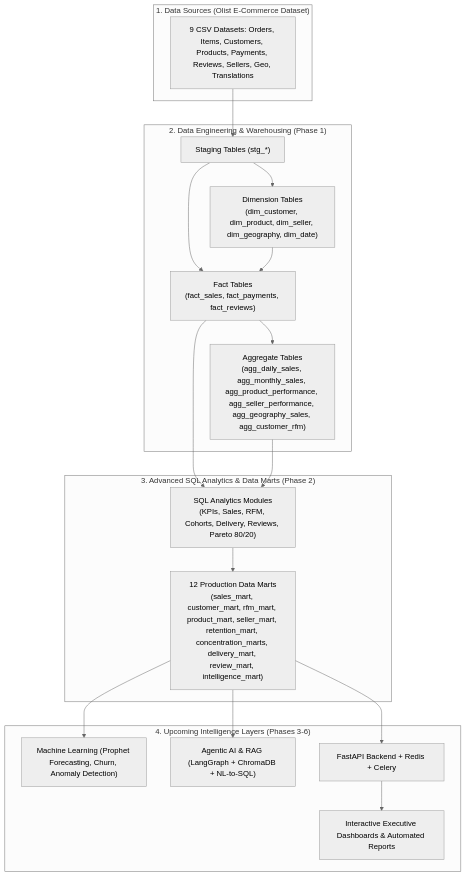
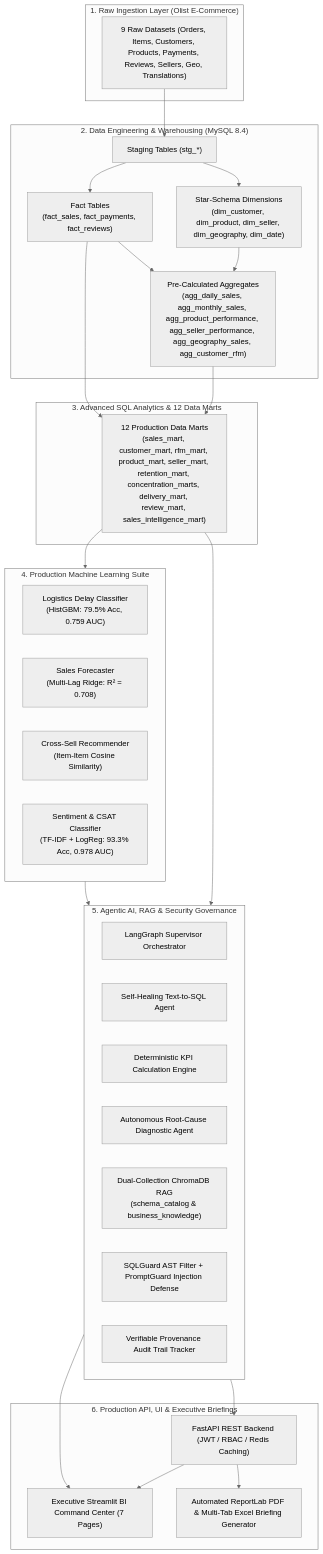
One commit to Vikash916692/AI-Powered-Sales-Intelligence-Platform changed the diagram in README.md. Above: the diagram before and after it, drawn with Mermaid (neutral theme). The commit also changed other lines of this file and 5 other files, not shown here.

````diff
--- a/README.md
+++ b/README.md
@@ -22,38 +19,49 @@
 ```mermaid
 flowchart TD
-    subgraph RawData ["1. Data Sources (Olist E-Commerce Dataset)"]
-        CSV[9 CSV Datasets: Orders, Items, Customers, Products, Payments, Reviews, Sellers, Geo, Translations]
+    subgraph DataSources ["1. Raw Ingestion Layer (Olist E-Commerce)"]
+        CSV["9 Raw Datasets (Orders, Items, Customers, Products, Payments, Reviews, Sellers, Geo, Translations)"]
     end
 
-    subgraph DataEngineering ["2. Data Engineering & Warehousing (Phase 1)"]
+    subgraph DataWarehouse ["2. Data Engineering & Warehousing (MySQL 8.4)"]
         Staging["Staging Tables (stg_*)"]
-        Dimensions["Dimension Tables\n(dim_customer, dim_product, dim_seller, dim_geography, dim_date)"]
+        Dimensions["Star-Schema Dimensions\n(dim_customer, dim_product, dim_seller, dim_geography, dim_date)"]
         Facts["Fact Tables\n(fact_sales, fact_payments, fact_reviews)"]
-        Aggregates["Aggregate Tables\n(agg_daily_sales, agg_monthly_sales, agg_product_performance, agg_seller_performance, agg_geography_sales, agg_customer_rfm)"]
+        Aggregates["Pre-Calculated Aggregates\n(agg_daily_sales, agg_monthly_sales, agg_product_performance, agg_seller_performance, agg_geography_sales, agg_customer_rfm)"]
     end
 
-    subgraph SQLAnalytics ["3. Advanced SQL Analytics & Data Marts (Phase 2)"]
-        SQL_Modules["SQL Analytics Modules\n(KPIs, Sales, RFM, Cohorts, Delivery, Reviews, Pareto 80/20)"]
-        DataMarts["12 Production Data Marts\n(sales_mart, customer_mart, rfm_mart, product_mart, seller_mart, retention_mart, concentration_marts, delivery_mart, review_mart, intelligence_mart)"]
+    subgraph AnalyticsMarts ["3. Advanced SQL Analytics & 12 Data Marts"]
+        Marts["12 Production Data Marts\n(sales_mart, customer_mart, rfm_mart, product_mart, seller_mart, retention_mart, concentration_marts, delivery_mart, review_mart, sales_intelligence_mart)"]
     end
 
-    subgraph AI_ML_Layer ["4. Upcoming Intelligence Layers (Phases 3-6)"]
-        ML["Machine Learning (Prophet Forecasting, Churn, Anomaly Detection)"]
-        Agentic["Agentic AI & RAG (LangGraph + ChromaDB + NL-to-SQL)"]
-        Backend["FastAPI Backend + Redis + Celery"]
-        UI["Interactive Executive Dashboards & Automated Reports"]
+    subgraph ML_Layer ["4. Production Machine Learning Suite"]
+        ML_Delay["Logistics Delay Classifier\n(HistGBM: 79.5% Acc, 0.759 AUC)"]
+        ML_Forecast["Sales Forecaster\n(Multi-Lag Ridge: R² = 0.708)"]
+        ML_Recs["Cross-Sell Recommender\n(Item-Item Cosine Similarity)"]
+        ML_NLP["Sentiment & CSAT Classifier\n(TF-IDF + LogReg: 93.3% Acc, 0.978 AUC)"]
+    end
+
+    subgraph Agentic_RAG ["5. Agentic AI, RAG & Security Governance"]
+        Supervisor["LangGraph Supervisor Orchestrator"]
+        NL_SQL["Self-Healing Text-to-SQL Agent"]
+        KPI_Engine["Deterministic KPI Calculation Engine"]
+        RCA_Agent["Autonomous Root-Cause Diagnostic Agent"]
+        ChromaRAG["Dual-Collection ChromaDB RAG\n(schema_catalog & business_knowledge)"]
+        Guards["SQLGuard AST Filter + PromptGuard Injection Defense"]
+        Audit["Verifiable Provenance Audit Trail Tracker"]
+    end
+
+    subgraph Presentation_API ["6. Production API, UI & Executive Briefings"]
+        FastAPI["FastAPI REST Backend (JWT / RBAC / Redis Caching)"]
+        Streamlit["Executive Streamlit BI Command Center (7 Pages)"]
+        Reports["Automated ReportLab PDF & Multi-Tab Excel Briefing Generator"]
     end
 
     CSV --> Staging
-    Staging --> Dimensions
-    Staging --> Facts
-    Dimensions --> Facts
-    Facts --> Aggregates
-    Facts --> SQL_Modules
-    Aggregates --> SQL_Modules
-    SQL_Modules --> DataMarts
-    DataMarts --> ML
-    DataMarts --> Agentic
-    DataMarts --> Backend
-    Backend --> UI
+    Staging --> Dimensions & Facts
+    Dimensions & Facts --> Aggregates
+    Aggregates & Facts --> Marts
+    Marts --> ML_Layer & Agentic_RAG
+    ML_Layer --> Agentic_RAG
+    Agentic_RAG --> FastAPI & Streamlit
+    FastAPI --> Streamlit & Reports
 ```
````
